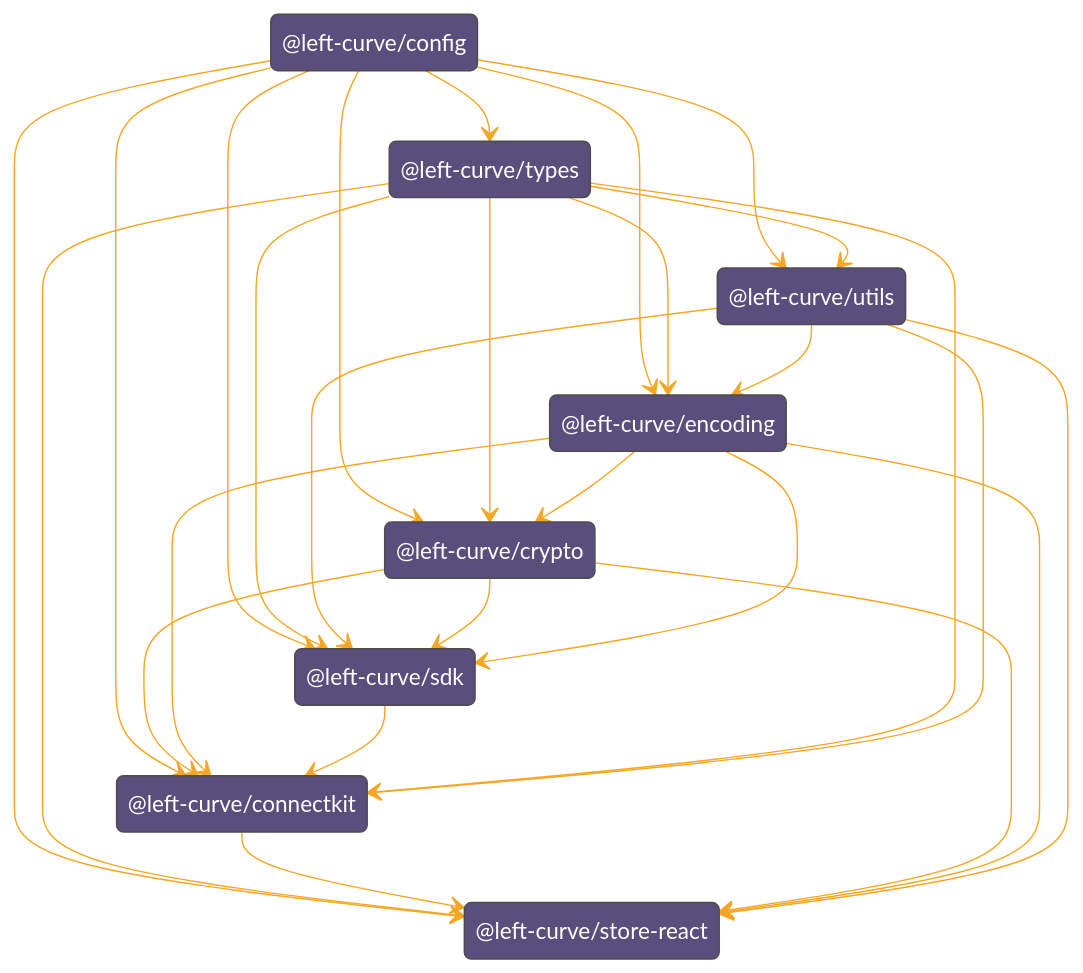
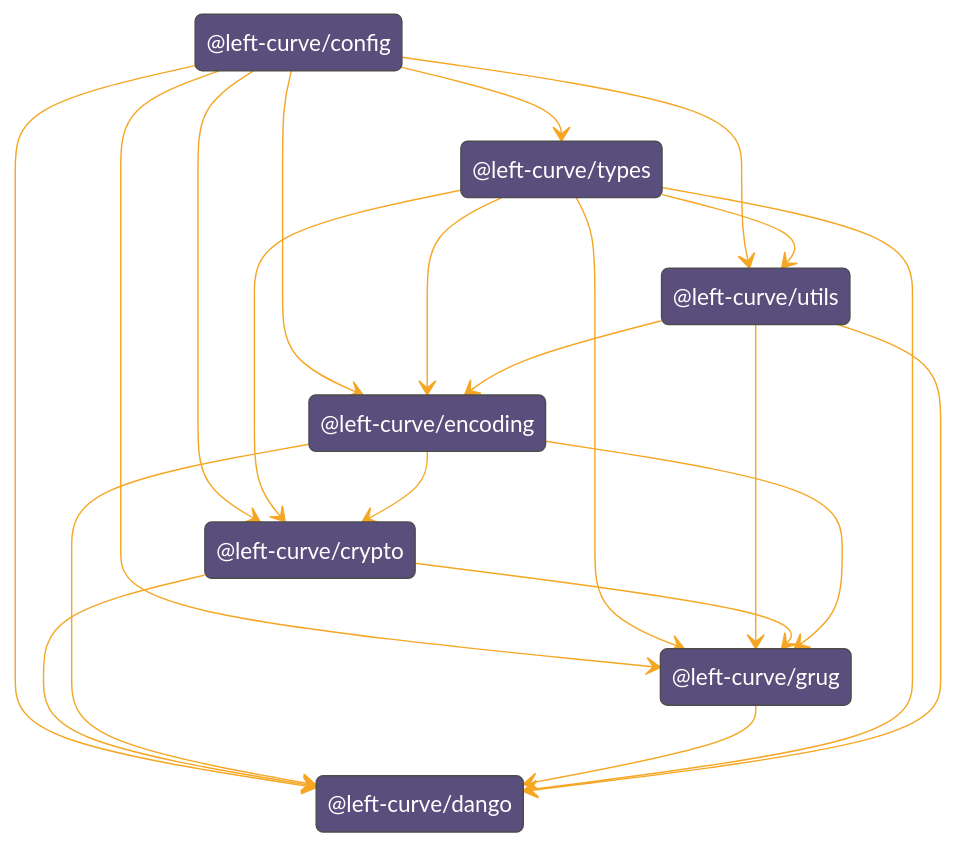
One commit to left-curve/left-curve changed the diagram in sdk/README.md. Above: the diagram before and after it, drawn with Mermaid. The commit also changed other lines of this file and 1 other file, not shown here.

Commit message:
chore: update readmes

````diff
--- a/sdk/README.md
+++ b/sdk/README.md
@@ -22,44 +21,37 @@
 ```mermaid
 %%{
   init: {
   'theme': 'base',
   'themeVariables': {"primaryTextColor":"#fff","primaryColor":"#5a4f7c","lineColor":"#f5a623" }
   }
 }%%
 stateDiagram-v2
     state "@left-curve/config" as left_curve_config
     state "@left-curve/types" as left_curve_types
     state "@left-curve/utils" as left_curve_utils
-    state "@left-curve/sdk" as left_curve_sdk
+    state "@left-curve/grug" as left_curve_sdk
     state "@left-curve/crypto" as left_curve_crypto
     state "@left-curve/encoding" as left_curve_encoding
-    state "@left-curve/store-react" as left_curve_react
-    state "@left-curve/connectkit" as left_curve_connectkit
+    state "@left-curve/dango" as left_curve_dango
 
     left_curve_config --> left_curve_types
     left_curve_config --> left_curve_utils
     left_curve_types --> left_curve_utils
     left_curve_config --> left_curve_sdk
     left_curve_types --> left_curve_sdk
     left_curve_utils --> left_curve_sdk
     left_curve_crypto --> left_curve_sdk
     left_curve_encoding --> left_curve_sdk
-    left_curve_config --> left_curve_react
-    left_curve_types --> left_curve_react
-    left_curve_connectkit --> left_curve_react
-    left_curve_crypto --> left_curve_react
-    left_curve_encoding --> left_curve_react
-    left_curve_utils --> left_curve_react
     left_curve_config --> left_curve_encoding
     left_curve_types --> left_curve_encoding
     left_curve_utils --> left_curve_encoding
     left_curve_config --> left_curve_crypto
     left_curve_types --> left_curve_crypto
     left_curve_encoding --> left_curve_crypto
-    left_curve_config --> left_curve_connectkit
-    left_curve_crypto --> left_curve_connectkit
-    left_curve_encoding --> left_curve_connectkit
-    left_curve_sdk --> left_curve_connectkit
-    left_curve_types --> left_curve_connectkit
-    left_curve_utils --> left_curve_connectkit
+    left_curve_config --> left_curve_dango
+    left_curve_crypto --> left_curve_dango
+    left_curve_encoding --> left_curve_dango
+    left_curve_sdk --> left_curve_dango
+    left_curve_types --> left_curve_dango
+    left_curve_utils --> left_curve_dango
 ```
````
